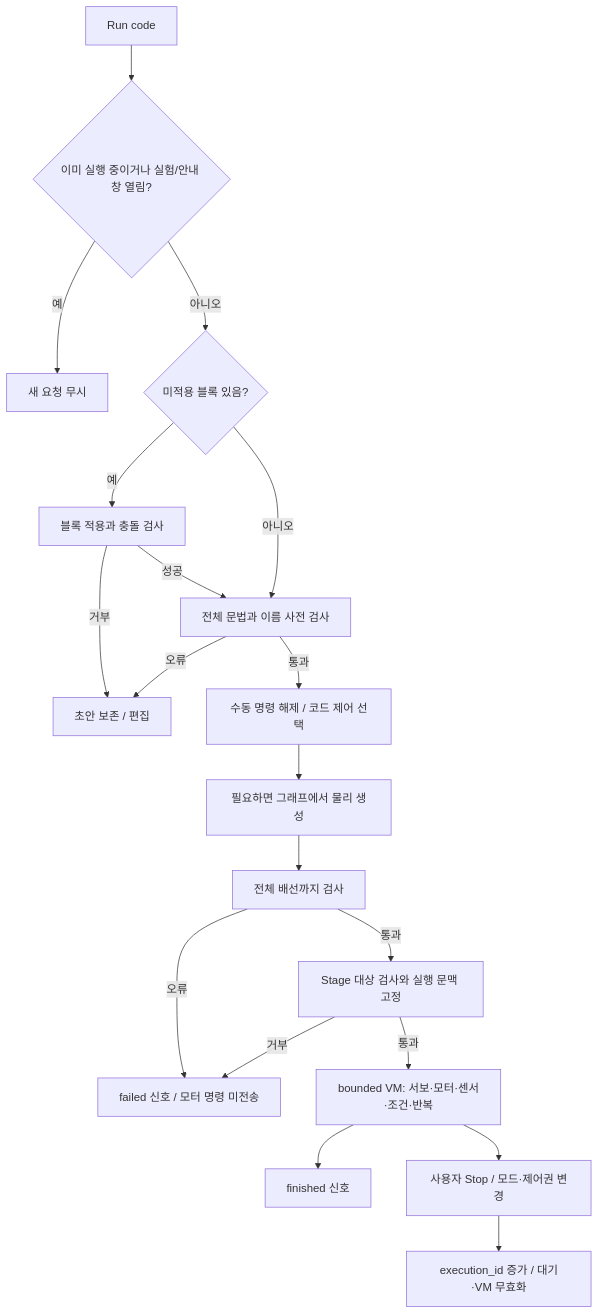
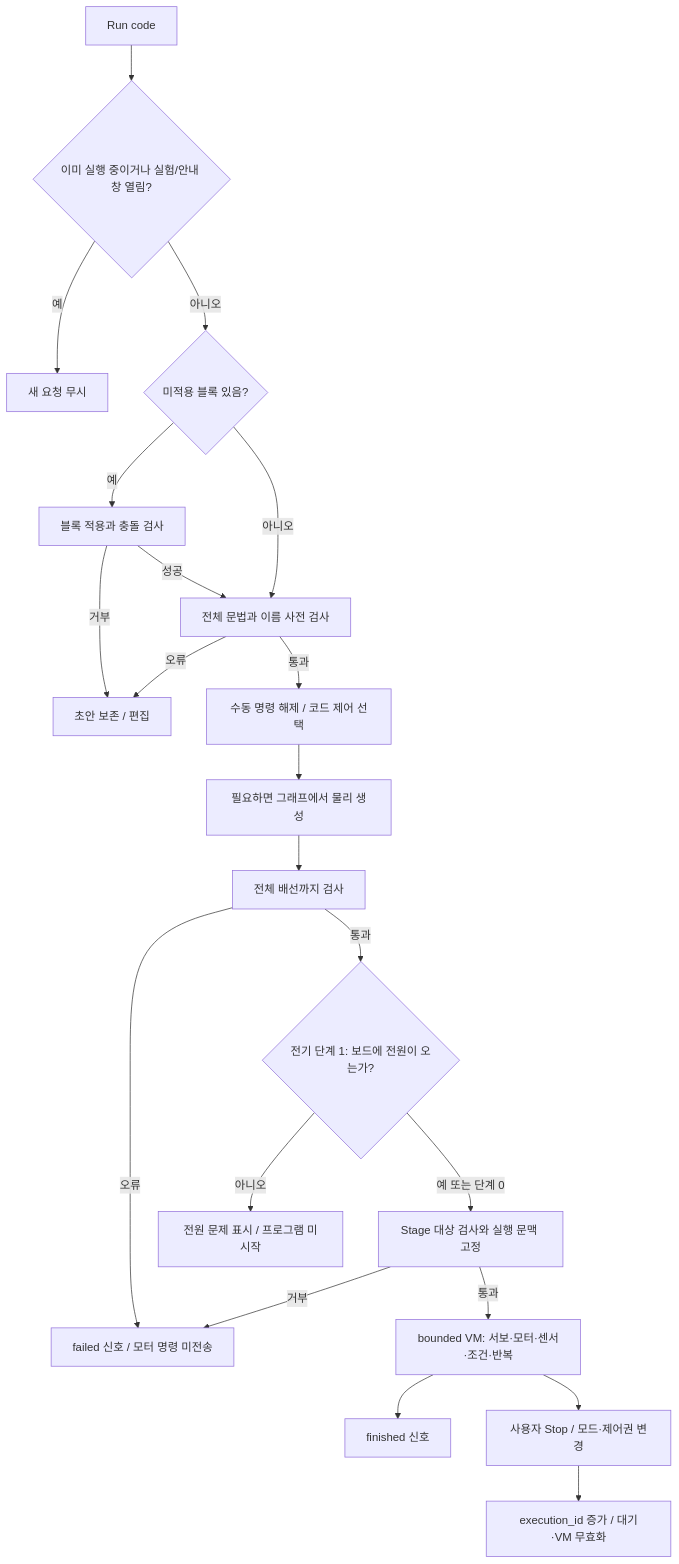
The first of 5 diagrams in docs/FLOWS.md (Bum-Boo/ssok), drawn with Mermaid before and after one commit. The commit also changed other lines of this file and 5 other files, not shown here.

````diff
--- a/docs/FLOWS.md
+++ b/docs/FLOWS.md
@@ -25,21 +25,23 @@
 ```mermaid
 flowchart TD
     Click[Run code] --> Busy{이미 실행 중이거나 실험/안내 창 열림?}
     Busy -->|예| Ignore[새 요청 무시]
     Busy -->|아니오| Draft{미적용 블록 있음?}
     Draft -->|예| Apply[블록 적용과 충돌 검사]
     Apply -->|거부| Edit[초안 보존 / 편집]
     Apply -->|성공| Syntax[전체 문법과 이름 사전 검사]
     Draft -->|아니오| Syntax
     Syntax -->|오류| Edit
     Syntax -->|통과| Owner[수동 명령 해제 / 코드 제어 선택]
     Owner --> Build[필요하면 그래프에서 물리 생성]
     Build --> Validate[전체 배선까지 검사]
     Validate -->|오류| Error[failed 신호 / 모터 명령 미전송]
-    Validate -->|통과| Goal[Stage 대상 검사와 실행 문맥 고정]
+    Validate -->|통과| Power{전기 단계 1: 보드에 전원이 오는가?}
+    Power -->|아니오| PowerError[전원 문제 표시 / 프로그램 미시작]
+    Power -->|예 또는 단계 0| Goal[Stage 대상 검사와 실행 문맥 고정]
     Goal -->|거부| Error
     Goal -->|통과| Execute[bounded VM: 서보·모터·센서·조건·반복]
     Execute --> Complete[finished 신호]
     Execute --> Stop[사용자 Stop / 모드·제어권 변경]
     Stop --> Invalidate[execution_id 증가 / 대기·VM 무효화]
 ```
````
